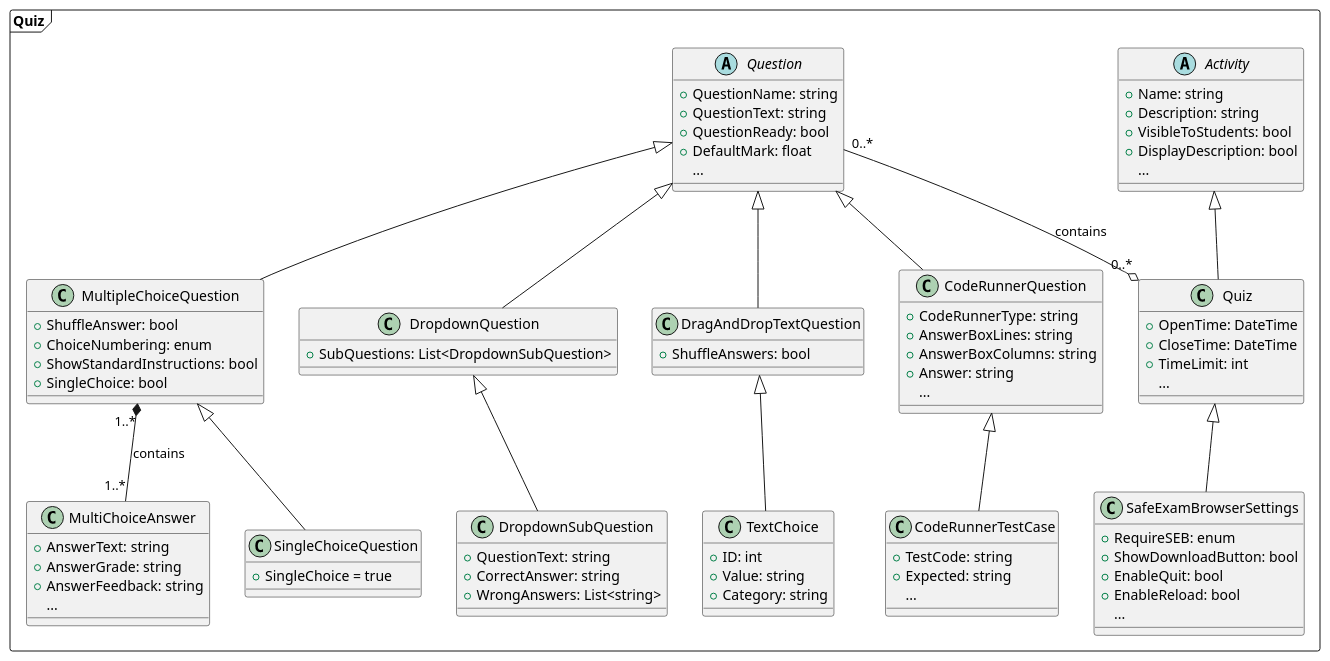
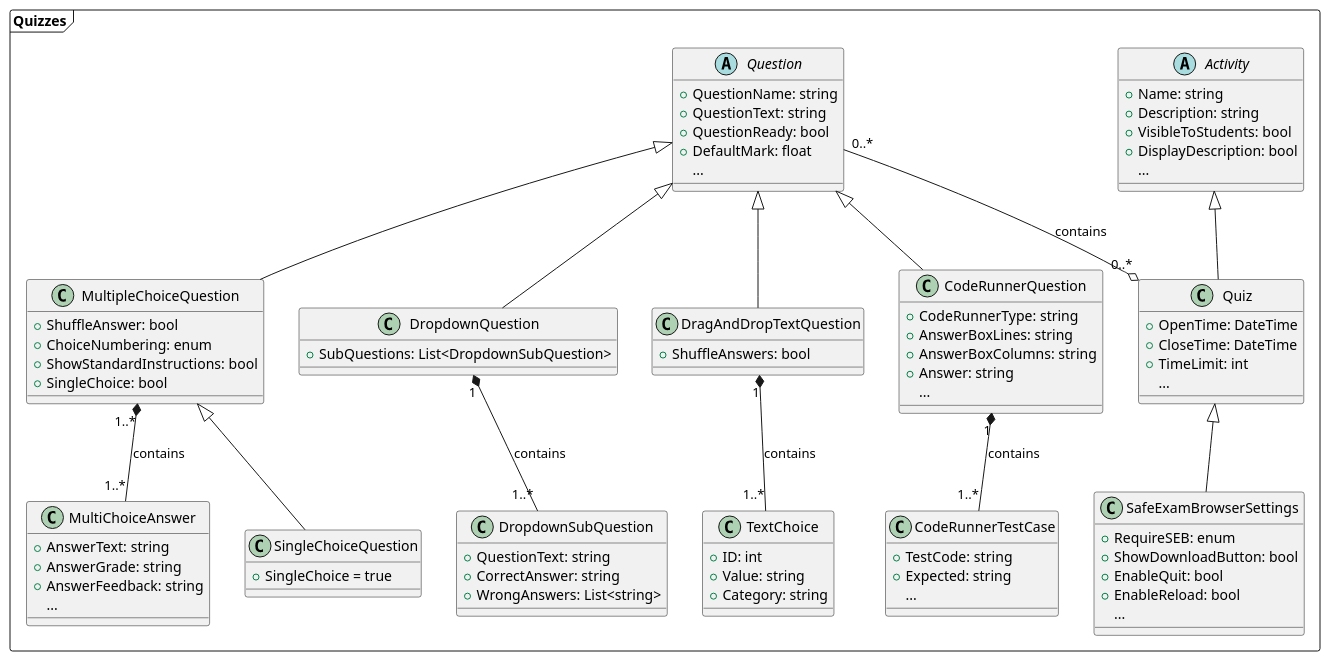
The third of 3 diagrams in Documentation/MkDocs/docs/Architecture/DataModel.md (if24b267/course-as-code), drawn with PlantUML before and after one commit. The commit also changed other lines of this file, not shown here.

Commit message:
Finished Documentation of Data Model in german

````diff
--- a/Documentation/MkDocs/docs/Architecture/DataModel.md
+++ b/Documentation/MkDocs/docs/Architecture/DataModel.md
@@ -273,7 +267,6 @@
 ```puml
 @startuml
-
-package Quiz <<Frame>> {
+package Quizzes <<Frame>> {
     abstract class Activity {
         + Name: string
         + Description: string
@@ -327,7 +320,7 @@
         + SubQuestions: List<DropdownSubQuestion>
     }
     
-    class DropdownSubQuestion extends DropdownQuestion {
+    class DropdownSubQuestion {
         + QuestionText: string
         + CorrectAnswer: string
         + WrongAnswers: List<string>
@@ -337,7 +330,7 @@
         + ShuffleAnswers: bool
     }
     
-    class TextChoice extends DragAndDropTextQuestion {
+    class TextChoice {
         + ID: int
         + Value: string
         + Category: string
@@ -351,20 +344,20 @@
         ...
     }
     
-    class CodeRunnerTestCase extends CodeRunnerQuestion {
+    class CodeRunnerTestCase {
         + TestCode: string
         + Expected: string
         ...
     }
-    
-    
+}
+
 ' A quiz contains multiple questions
 Question "0..*" --o "0..*" Quiz : contains
 
-' A Multiple Choice Question contains multiple Answer choices
 MultipleChoiceQuestion "1..*" *-- "1..*" MultiChoiceAnswer : contains
-
-}
+DropdownQuestion "1" *-- "1..*" DropdownSubQuestion : contains
+DragAndDropTextQuestion "1" *-- "1..*" TextChoice : contains
+CodeRunnerQuestion "1" *-- "1..*" CodeRunnerTestCase : contains
 
 @enduml
 ```
````
